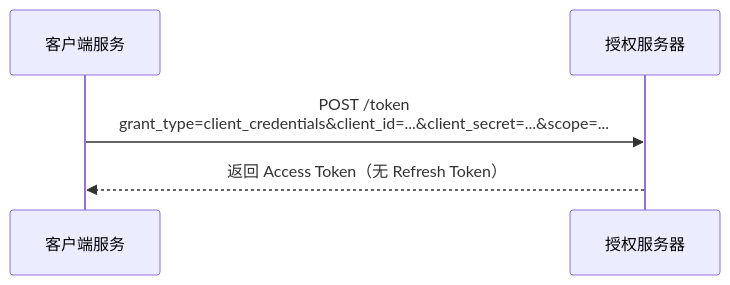
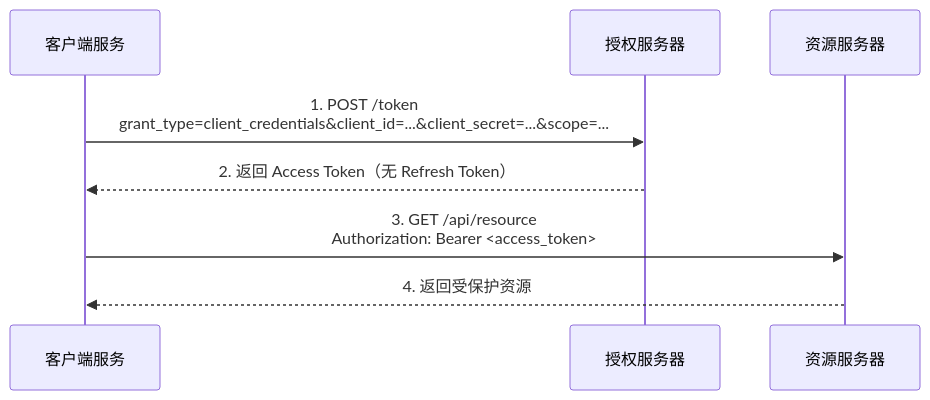
One commit to luguosong/programming-notes changed the third of 6 diagrams in docs/topic/oauth/grant-types/index.md. Above: the diagram before and after it, drawn with Mermaid. The commit also changed other lines of this file, not shown here.

First line of the commit message:
docs(oauth): 为所有授权类型时序图补充资源服务器参与者

````diff
--- a/docs/topic/oauth/grant-types/index.md
+++ b/docs/topic/oauth/grant-types/index.md
@@ -67,8 +71,11 @@
 ``` mermaid
 sequenceDiagram
     participant 客户端服务
     participant 授权服务器
+    participant 资源服务器
 
-    客户端服务->>授权服务器: POST /token<br/>grant_type=client_credentials&client_id=...&client_secret=...&scope=...
-    授权服务器-->>客户端服务: 返回 Access Token（无 Refresh Token）
+    客户端服务->>授权服务器: 1. POST /token<br/>grant_type=client_credentials&client_id=...&client_secret=...&scope=...
+    授权服务器-->>客户端服务: 2. 返回 Access Token（无 Refresh Token）
+    客户端服务->>资源服务器: 3. GET /api/resource<br/>Authorization: Bearer <access_token>
+    资源服务器-->>客户端服务: 4. 返回受保护资源
 ```
````
